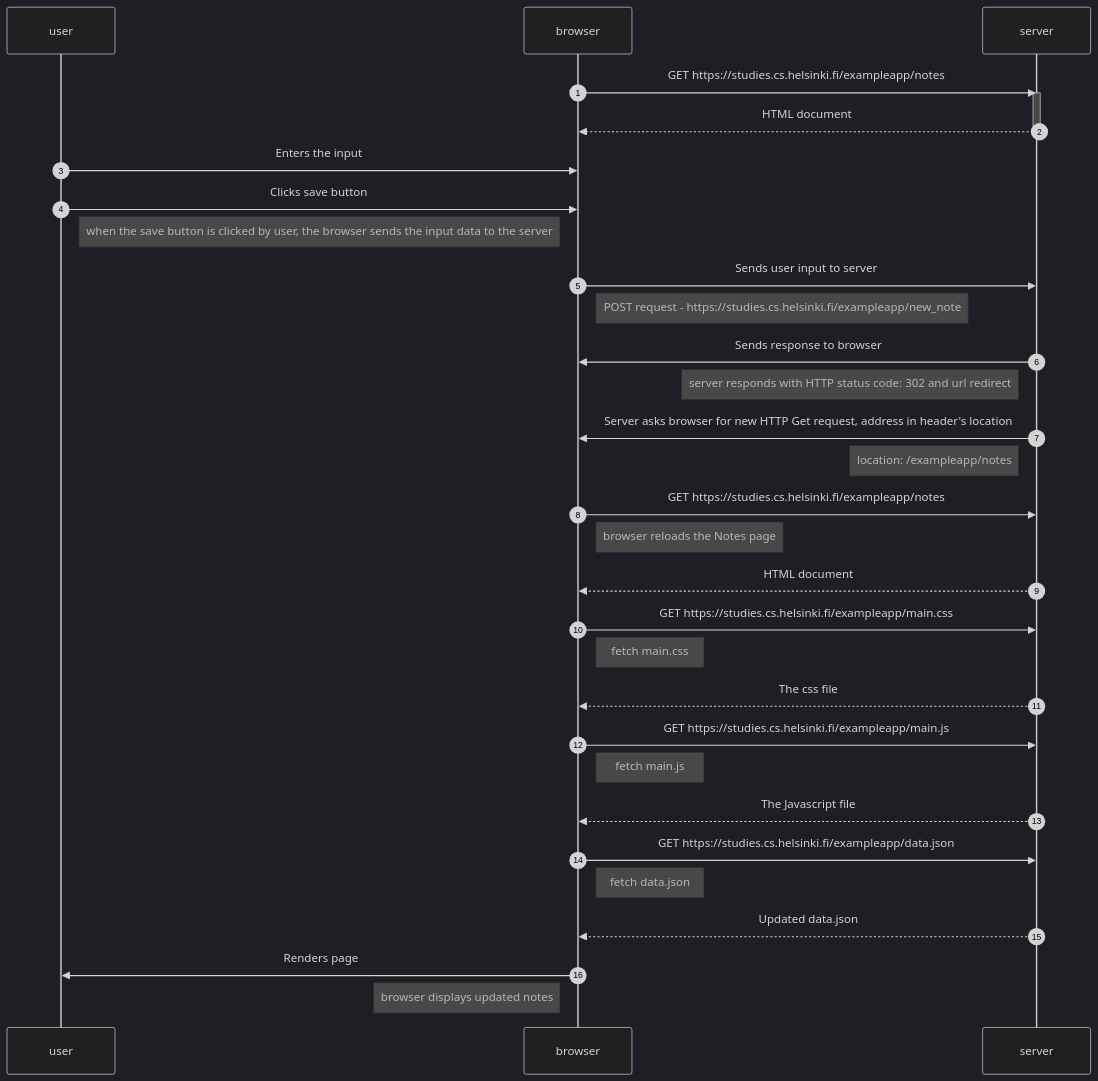
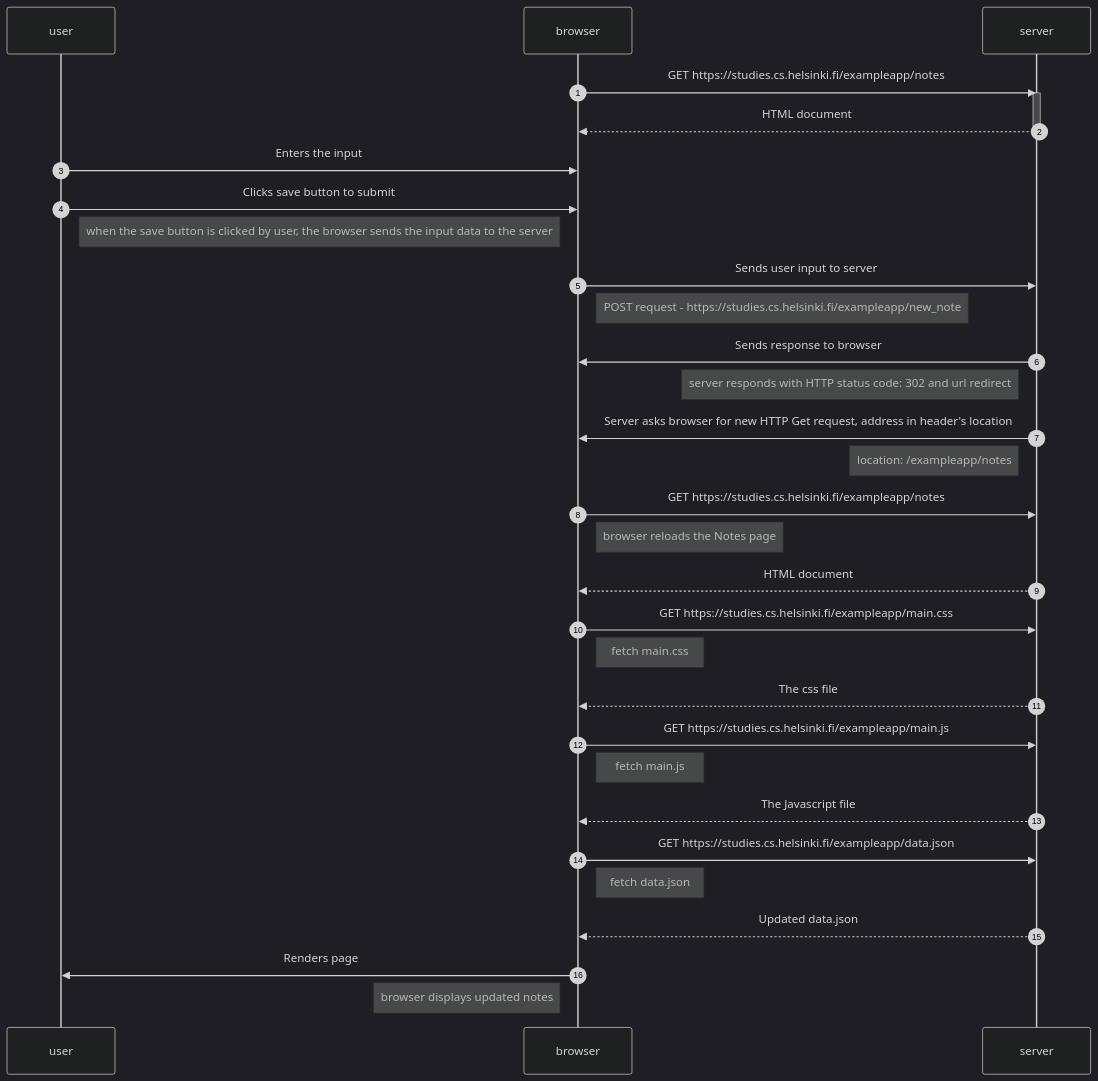
The diagram in Part 0/new note diagram.md (Donnanjoki/FullstackOpen.Tasks), drawn with Mermaid (dark theme) before and after one commit. The commit also changed 2 other files, not shown here.

Commit message:
completed sequence diagrams

````diff
--- a/Part 0/new note diagram.md
+++ b/Part 0/new note diagram.md
@@ -3,54 +3,54 @@
 ```mermaid
 sequenceDiagram
 autonumber
 participant user
 participant browser
 participant server
 
 browser->>server: GET https://studies.cs.helsinki.fi/exampleapp/notes
 activate server
 server-->>browser: HTML document
 deactivate server
 
 
 user->>browser: Enters the input
-user->>browser: Clicks save button
+user->>browser: Clicks save button to submit
 Note right of user: when the save button is clicked by user, the browser sends the input data to the server
 
 
 browser->>server: Sends user input to server
 Note right of browser: POST request - https://studies.cs.helsinki.fi/exampleapp/new_note
 
 
 server->>browser: Sends response to browser
 Note left of server: server responds with HTTP status code: 302 and url redirect
 
 
 server->>browser: Server asks browser for new HTTP Get request, address in header's location
 Note left of server: location: /exampleapp/notes
 
 
 browser->>server: GET https://studies.cs.helsinki.fi/exampleapp/notes
 Note right of browser: browser reloads the Notes page
 server-->>browser: HTML document
 
 
 browser->>server: GET https://studies.cs.helsinki.fi/exampleapp/main.css
 Note right of browser: fetch main.css
 server-->>browser: The css file
 
 
 browser->>server: GET https://studies.cs.helsinki.fi/exampleapp/main.js
 Note right of browser: fetch main.js
 server-->>browser: The Javascript file
 
 
 browser->>server: GET https://studies.cs.helsinki.fi/exampleapp/data.json
 Note right of browser: fetch data.json
 server-->>browser: Updated data.json
 
 browser->>user: Renders page
 Note left of browser: browser displays updated notes
 
 
 ```
````
